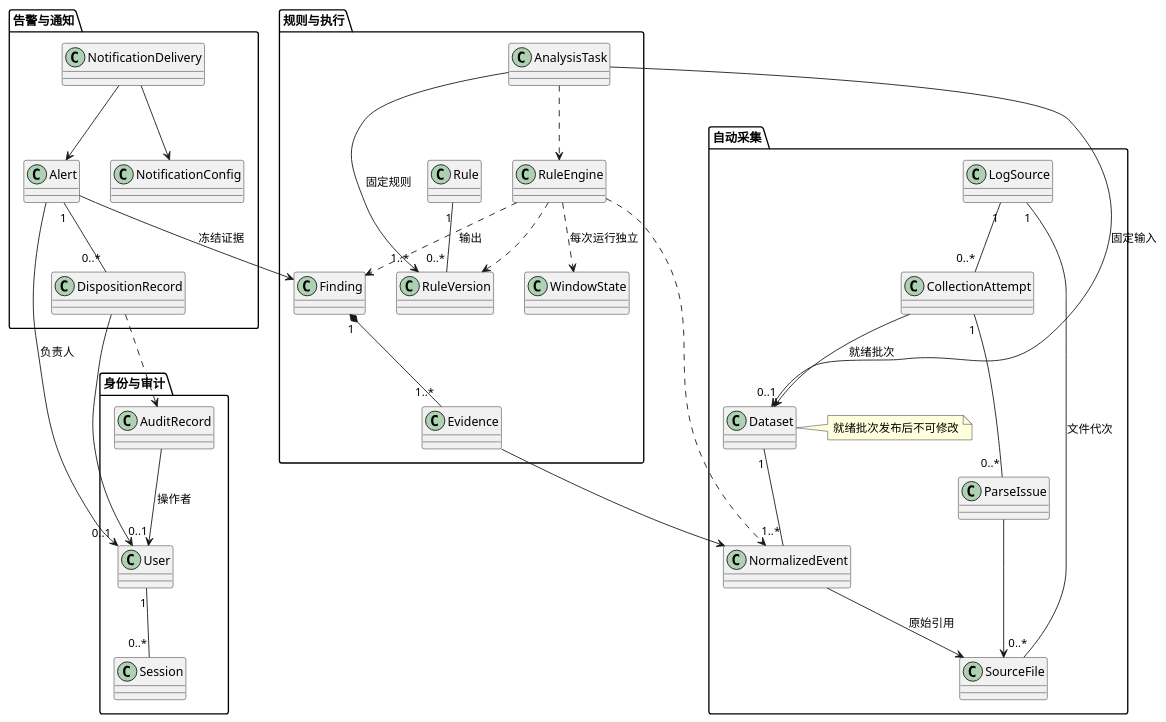
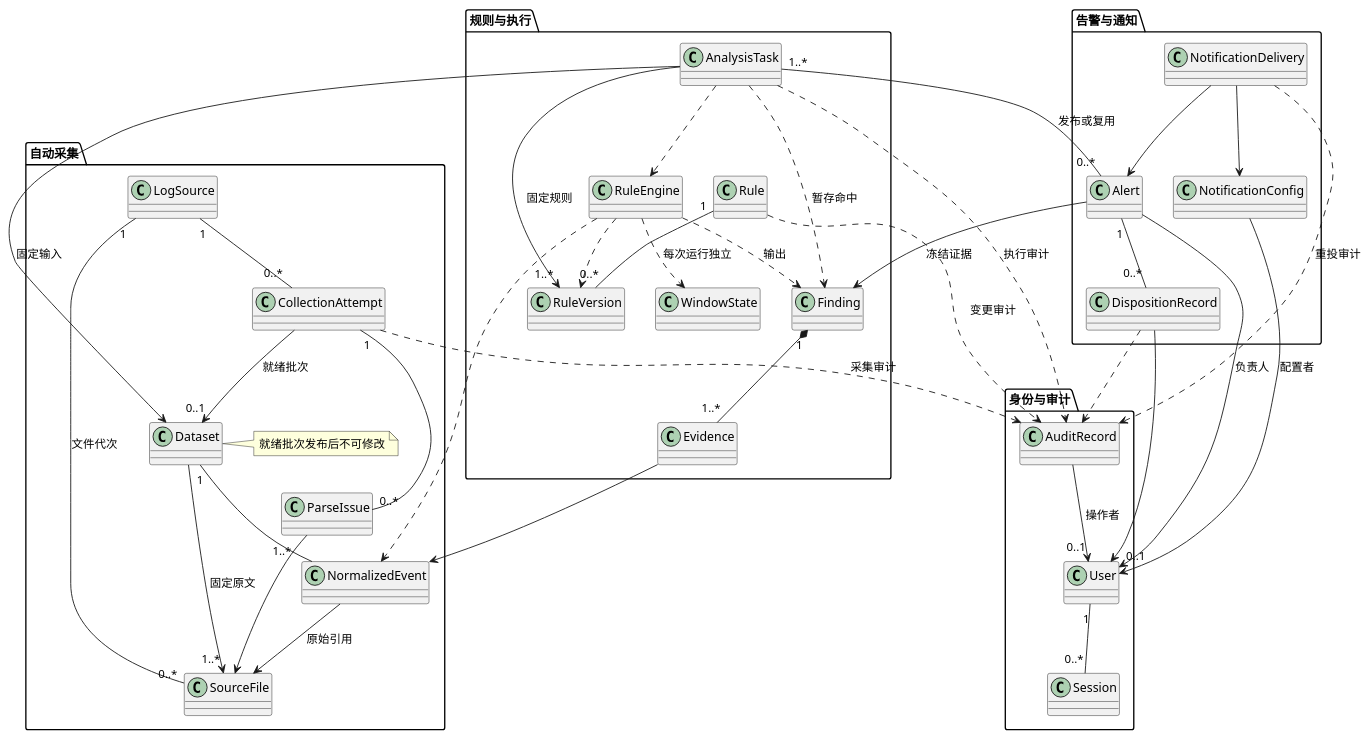
The diagram in models/analysis-classes.puml (Double-Cloth/NetSentinel), drawn with PlantUML before and after one commit. The commit also changed 17 other files, not shown here.

```diff
--- a/models/analysis-classes.puml
+++ b/models/analysis-classes.puml
@@ -1,58 +1,66 @@
 @startuml
 skinparam defaultFontName Microsoft YaHei
 package "身份与审计" {
   class User
   class Session
   class AuditRecord
   User "1" -- "0..*" Session
   AuditRecord --> "0..1" User : 操作者
 }
 package "自动采集" {
   class LogSource
   class CollectionAttempt
   class SourceFile
   class Dataset
   class NormalizedEvent
   class ParseIssue
   LogSource "1" -- "0..*" SourceFile : 文件代次
   LogSource "1" -- "0..*" CollectionAttempt
   CollectionAttempt --> "0..1" Dataset : 就绪批次
   CollectionAttempt "1" -- "0..*" ParseIssue
+  Dataset --> "1..*" SourceFile : 固定原文
   note right of Dataset : 就绪批次发布后不可修改
   Dataset "1" -- "1..*" NormalizedEvent
   NormalizedEvent --> SourceFile : 原始引用
   ParseIssue --> SourceFile
 }
 package "规则与执行" {
   class Rule
   class RuleVersion
   class RuleEngine
   class WindowState
   class AnalysisTask
   class Finding
   class Evidence
   Rule "1" -- "0..*" RuleVersion
   AnalysisTask --> Dataset : 固定输入
   AnalysisTask --> "1..*" RuleVersion : 固定规则
   AnalysisTask ..> RuleEngine
+  AnalysisTask ..> Finding : 暂存命中
   RuleEngine ..> NormalizedEvent
   RuleEngine ..> RuleVersion
   RuleEngine ..> WindowState : 每次运行独立
   RuleEngine ..> Finding : 输出
   Finding "1" *-- "1..*" Evidence
   Evidence --> NormalizedEvent
 }
 package "告警与通知" {
   class Alert
   class DispositionRecord
   class NotificationConfig
   class NotificationDelivery
   Alert --> Finding : 冻结证据
+  AnalysisTask "1..*" -- "0..*" Alert : 发布或复用
   Alert --> "0..1" User : 负责人
   Alert "1" -- "0..*" DispositionRecord
   DispositionRecord --> User
   DispositionRecord ..> AuditRecord
   NotificationDelivery --> Alert
   NotificationDelivery --> NotificationConfig
+  NotificationConfig --> User : 配置者
 }
+CollectionAttempt ..> AuditRecord : 采集审计
+AnalysisTask ..> AuditRecord : 执行审计
+Rule ..> AuditRecord : 变更审计
+NotificationDelivery ..> AuditRecord : 重投审计
 @enduml
```
